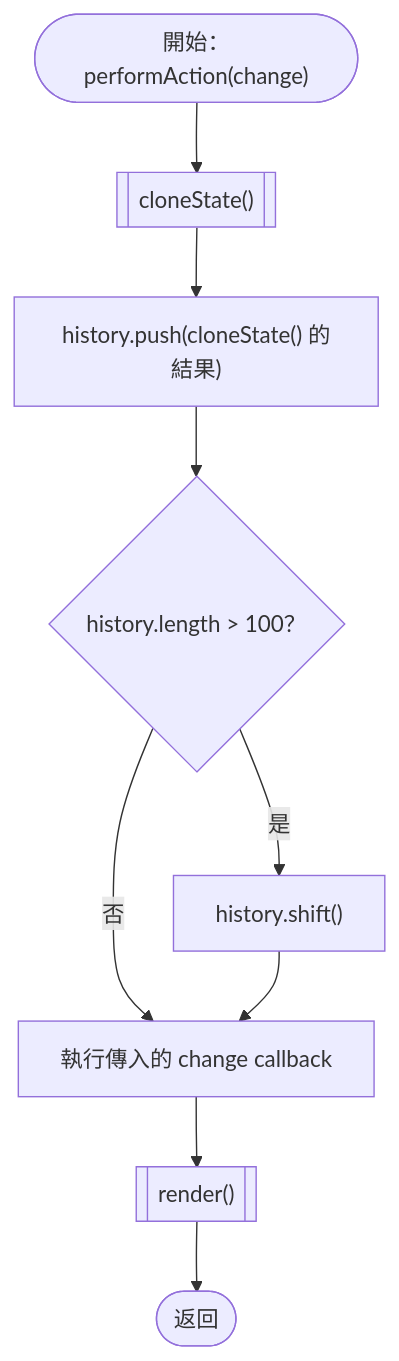
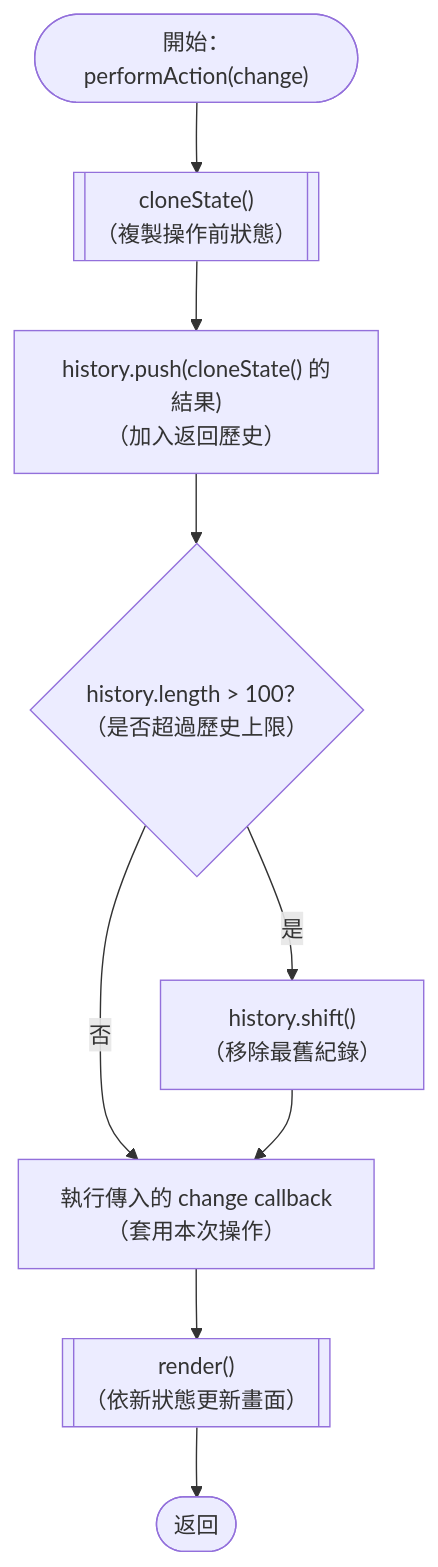
Diagram 11 of 29 in README.md (Chuen666666/hw3), drawn with Mermaid before and after one commit. The commit also changed other lines of this file and 1 other file, not shown here.

Commit message:
補充流程圖程式碼中文說明

````diff
--- a/README.md
+++ b/README.md
@@ -133,11 +133,11 @@
 ```mermaid
 flowchart TD
-    START(["開始：performAction(change)"]) --> CLONE[["cloneState()"]]
-    CLONE --> PUSH["history.push(cloneState() 的結果)"]
-    PUSH --> LIMIT{"history.length > 100？"}
-    LIMIT -- "是" --> SHIFT["history.shift()"]
-    LIMIT -- "否" --> CHANGE["執行傳入的 change callback"]
+    START(["開始：performAction(change)"]) --> CLONE[["cloneState()<br/>（複製操作前狀態）"]]
+    CLONE --> PUSH["history.push(cloneState() 的結果)<br/>（加入返回歷史）"]
+    PUSH --> LIMIT{"history.length > 100？<br/>（是否超過歷史上限）"}
+    LIMIT -- "是" --> SHIFT["history.shift()<br/>（移除最舊紀錄）"]
+    LIMIT -- "否" --> CHANGE["執行傳入的 change callback<br/>（套用本次操作）"]
     SHIFT --> CHANGE
-    CHANGE --> RENDER[["render()"]]
+    CHANGE --> RENDER[["render()<br/>（依新狀態更新畫面）"]]
     RENDER --> RETURN(["返回"])
 ```
````
